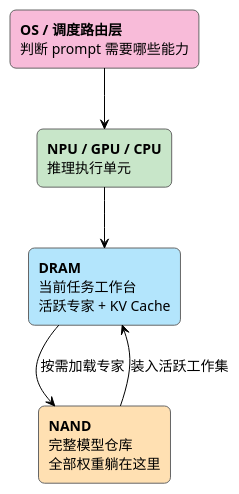
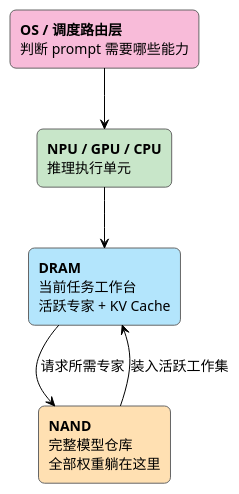
One commit to johnsonlee/blog changed the diagram in source/_posts/ai-pc-local-inference.md. Above: the diagram before and after it, drawn with PlantUML. The commit also changed other lines of this file and 1 other file, not shown here.

````diff
--- a/source/_posts/ai-pc-local-inference.md
+++ b/source/_posts/ai-pc-local-inference.md
@@ -82,22 +116,22 @@
 ```plantuml
 @startuml
 !theme plain
 skinparam backgroundColor white
 skinparam defaultFontName Arial
 skinparam defaultFontSize 14
 skinparam rectangle {
     RoundCorner 12
     BorderColor #666666
 }
 
 rectangle "**OS / 调度路由层**\n判断 prompt 需要哪些能力" as os #F8BBD9
 rectangle "**NPU / GPU / CPU**\n推理执行单元" as exec #C8E6C9
 rectangle "**DRAM**\n当前任务工作台\n活跃专家 + KV Cache" as dram #B3E5FC
 rectangle "**NAND**\n完整模型仓库\n全部权重躺在这里" as nand #FFE0B2
 
 os --> exec
 exec --> dram
-dram --> nand : 按需加载专家
+dram --> nand : 请求所需专家
 nand --> dram : 装入活跃工作集
 @enduml
 ```
````
